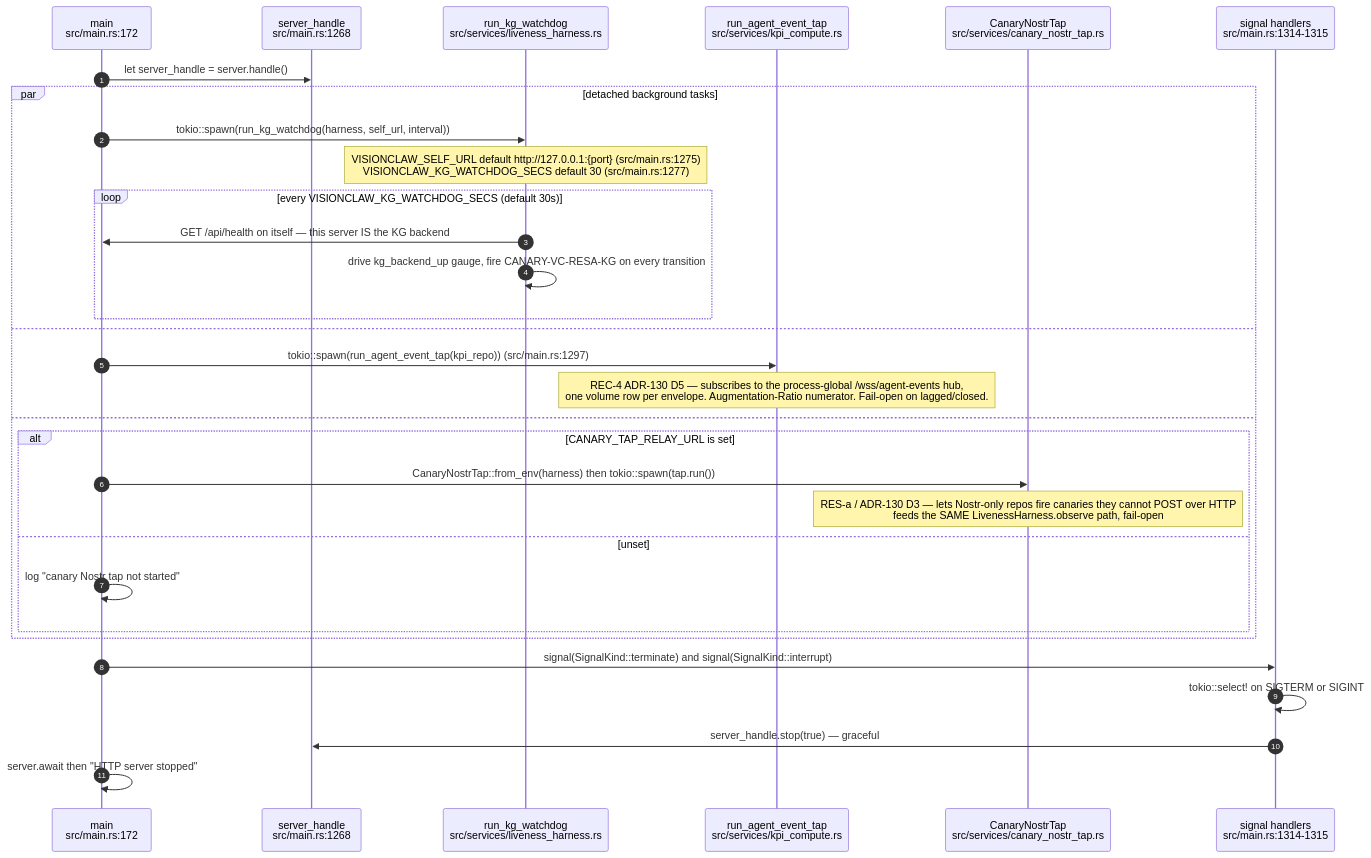
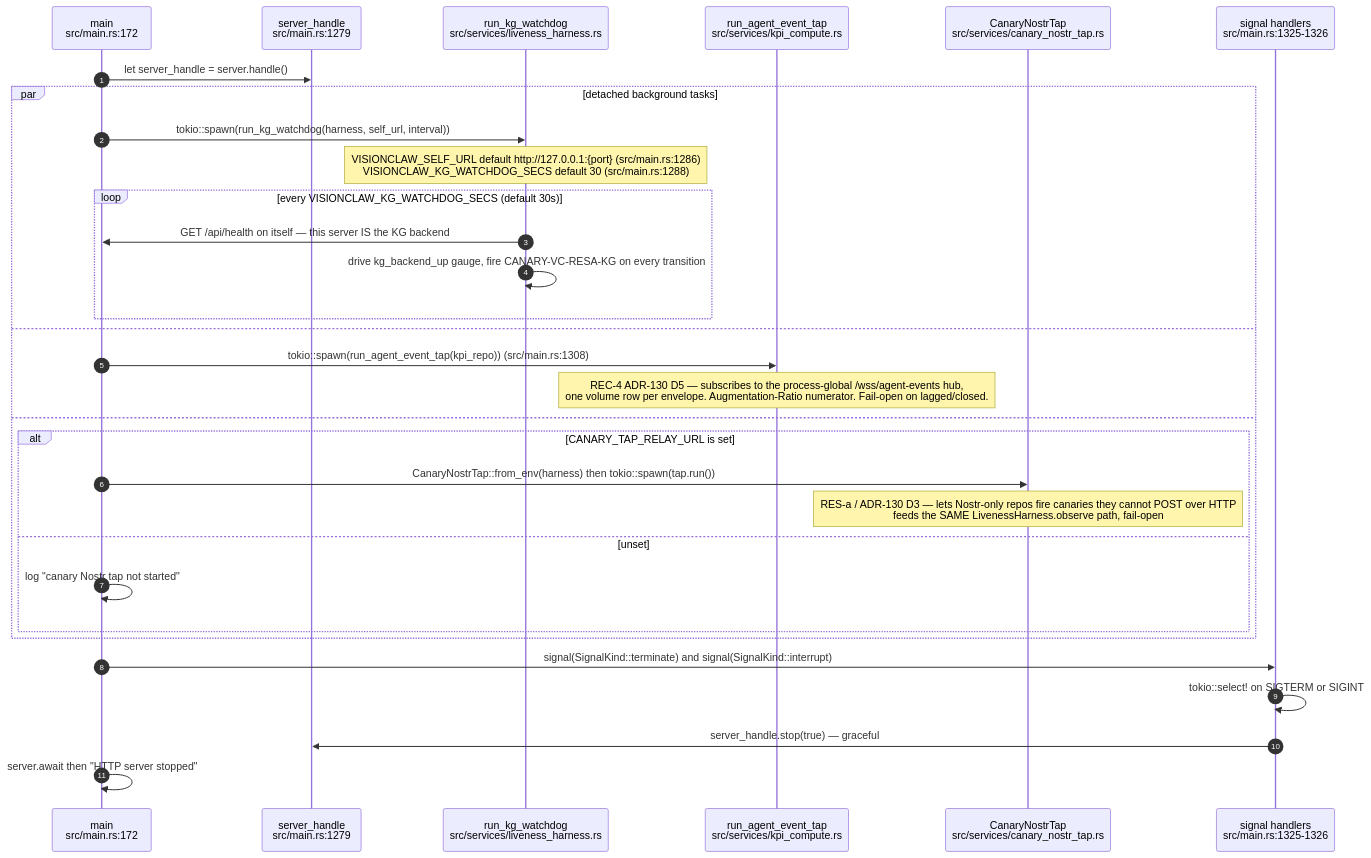
One commit to DreamLab-AI/VisionFlow changed the seventh of 13 diagrams in docs/diagrams/visionclaw/01-boot-and-app-state.md. Above: the diagram before and after it, drawn with Mermaid. The commit also changed other lines of this file and 56 other files, not shown here.

First line of the commit message:
docs(diagrams): re-verify VisionClaw topics at ec785afa9, add VC-19/56/57 and the VisionClaw register

````diff
--- a/docs/diagrams/visionclaw/01-boot-and-app-state.md
+++ b/docs/diagrams/visionclaw/01-boot-and-app-state.md
@@ -347,34 +361,34 @@
 ```mermaid
 sequenceDiagram
     autonumber
     participant M as main<br/>src/main.rs:172
-    participant SH as server_handle<br/>src/main.rs:1268
+    participant SH as server_handle<br/>src/main.rs:1279
     participant WD as run_kg_watchdog<br/>src/services/liveness_harness.rs
     participant TAP as run_agent_event_tap<br/>src/services/kpi_compute.rs
     participant CT as CanaryNostrTap<br/>src/services/canary_nostr_tap.rs
-    participant SIG as signal handlers<br/>src/main.rs:1314-1315
+    participant SIG as signal handlers<br/>src/main.rs:1325-1326
 
     M->>SH: let server_handle = server.handle()
     par detached background tasks
         M->>WD: tokio::spawn(run_kg_watchdog(harness, self_url, interval))
-        Note over WD: VISIONCLAW_SELF_URL default http://127.0.0.1:{port} (src/main.rs:1275)<br/>VISIONCLAW_KG_WATCHDOG_SECS default 30 (src/main.rs:1277)
+        Note over WD: VISIONCLAW_SELF_URL default http://127.0.0.1:{port} (src/main.rs:1286)<br/>VISIONCLAW_KG_WATCHDOG_SECS default 30 (src/main.rs:1288)
         loop every VISIONCLAW_KG_WATCHDOG_SECS (default 30s)
             WD->>M: GET /api/health on itself — this server IS the KG backend
             WD->>WD: drive kg_backend_up gauge, fire CANARY-VC-RESA-KG on every transition
         end
     and
-        M->>TAP: tokio::spawn(run_agent_event_tap(kpi_repo)) (src/main.rs:1297)
+        M->>TAP: tokio::spawn(run_agent_event_tap(kpi_repo)) (src/main.rs:1308)
         Note over TAP: REC-4 ADR-130 D5 — subscribes to the process-global /wss/agent-events hub,<br/>one volume row per envelope. Augmentation-Ratio numerator. Fail-open on lagged/closed.
     and
         alt CANARY_TAP_RELAY_URL is set
             M->>CT: CanaryNostrTap::from_env(harness) then tokio::spawn(tap.run())
             Note over CT: RES-a / ADR-130 D3 — lets Nostr-only repos fire canaries they cannot POST over HTTP<br/>feeds the SAME LivenessHarness.observe path, fail-open
         else unset
             M->>M: log "canary Nostr tap not started"
         end
     end
     M->>SIG: signal(SignalKind::terminate) and signal(SignalKind::interrupt)
     SIG->>SIG: tokio::select! on SIGTERM or SIGINT
     SIG->>SH: server_handle.stop(true) — graceful
     M->>M: server.await then "HTTP server stopped"
 ```
````
